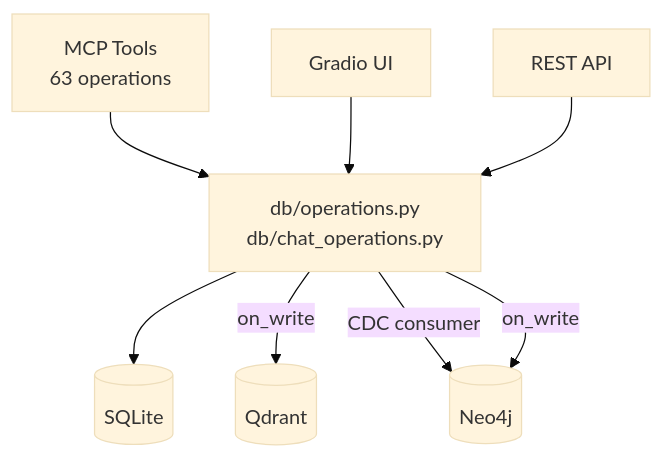
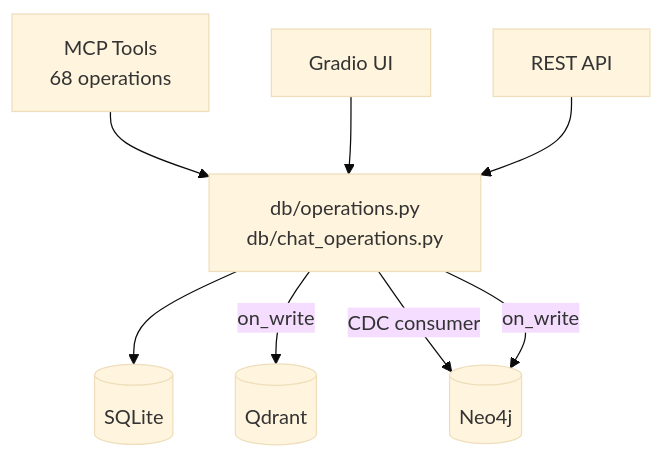
One commit to janat-llc/janatpmp changed the second of 2 diagrams in README.md. Above: the diagram before and after it, drawn with Mermaid (base theme). The commit also changed other lines of this file and 13 other files, not shown here.

````diff
--- a/README.md
+++ b/README.md
@@ -43,10 +43,10 @@
 ```mermaid
 graph TB
-    MCP[MCP Tools<br/>63 operations] --> DB[db/operations.py<br/>db/chat_operations.py]
+    MCP[MCP Tools<br/>68 operations] --> DB[db/operations.py<br/>db/chat_operations.py]
     UI[Gradio UI] --> DB
     API[REST API] --> DB
     DB --> SQLite[(SQLite)]
     DB -->|on_write| Qdrant[(Qdrant)]
     DB -->|CDC consumer| Neo4j[(Neo4j)]
     DB -->|on_write| Neo4j
 ```
````
